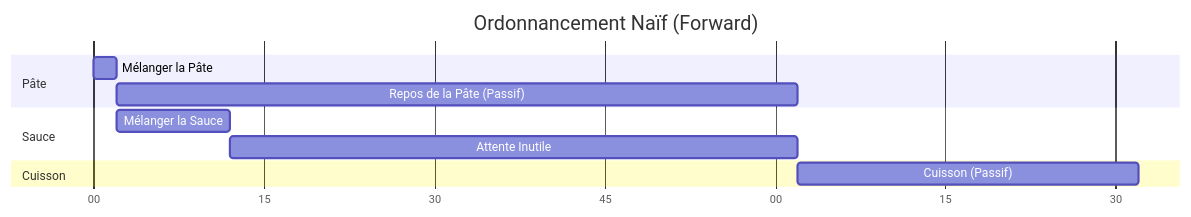
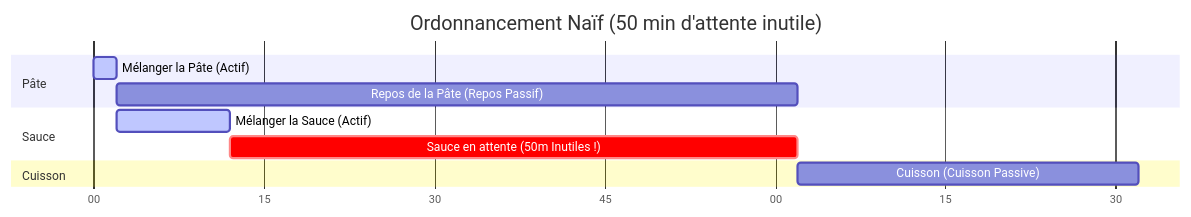
Before and after one commit to gram-lang/gram: the first of 3 diagrams in packages/docs/src/fr/explanation/alap-scheduling.md, drawn with Mermaid. The commit also changed other lines of this file and 8 other files, not shown here.

Commit message:
docs: update and add mermaid diagrams across documentation

````diff
--- a/packages/docs/src/fr/explanation/alap-scheduling.md
+++ b/packages/docs/src/fr/explanation/alap-scheduling.md
@@ -19,17 +19,17 @@
 ```mermaid
 gantt
-    title Ordonnancement Naïf (Forward)
+    title Ordonnancement Naïf (50 min d'attente inutile)
     dateFormat  m
     axisFormat %M
     
     section Pâte
-    Mélanger la Pâte : a1, 0, 2m
-    Repos de la Pâte (Passif) : a2, after a1, 60m
+    Mélanger la Pâte (Actif)            : active, a1, 0, 2m
+    Repos de la Pâte (Repos Passif)     : a2, after a1, 60m
     
     section Sauce
-    Mélanger la Sauce : a3, after a1, 10m
-    Attente Inutile : a4, after a3, 50m
+    Mélanger la Sauce (Actif)           : active, a3, after a1, 10m
+    Sauce en attente (50m Inutiles !)   : crit, a4, after a3, 50m
     
     section Cuisson
-    Cuisson (Passif) : a5, after a2, 30m
+    Cuisson (Cuisson Passive)           : a5, after a2, 30m
 ```
````
